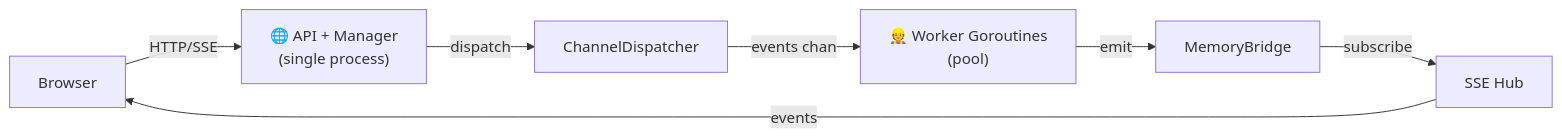
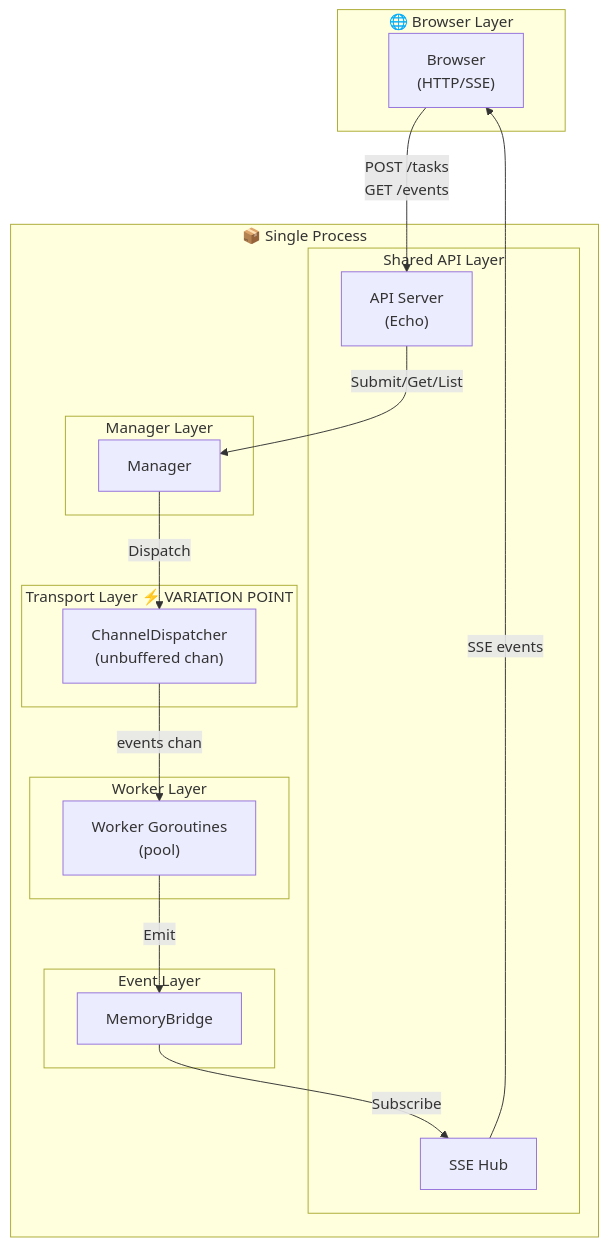
One commit to deyarchit/work-distribution-patterns changed the first of 7 diagrams in README.md. Above: the diagram before and after it, drawn with Mermaid. The commit also changed other lines of this file, not shown here.

First line of the commit message:
Refactor diagrams with layered architecture

````diff
--- a/README.md
+++ b/README.md
@@ -30,9 +30,37 @@
 ```mermaid
-graph LR
-    Browser -->|HTTP/SSE| API["🌐 API + Manager<br/>(single process)"]
-    API -->|dispatch| CD["ChannelDispatcher"]
-    CD -->|events chan| Worker["👷 Worker Goroutines<br/>(pool)"]
-    Worker -->|emit| Bridge["MemoryBridge"]
-    Bridge -->|subscribe| Hub["SSE Hub"]
-    Hub -->|events| Browser
+graph TB
+    subgraph L1["🌐 Browser Layer"]
+        Browser["Browser<br/>(HTTP/SSE)"]
+    end
+
+    subgraph L2["📦 Single Process"]
+        subgraph L2a["Shared API Layer"]
+            API["API Server<br/>(Echo)"]
+            Hub["SSE Hub"]
+        end
+
+        subgraph L2b["Manager Layer"]
+            Manager["Manager"]
+        end
+
+        subgraph L2c["Transport Layer ⚡ VARIATION POINT"]
+            CD["ChannelDispatcher<br/>(unbuffered chan)"]
+        end
+
+        subgraph L2d["Worker Layer"]
+            Workers["Worker Goroutines<br/>(pool)"]
+        end
+
+        subgraph L2e["Event Layer"]
+            Bridge["MemoryBridge"]
+        end
+    end
+
+    Browser -->|POST /tasks<br/>GET /events| API
+    API -->|Submit/Get/List| Manager
+    Manager -->|Dispatch| CD
+    CD -->|events chan| Workers
+    Workers -->|Emit| Bridge
+    Bridge -->|Subscribe| Hub
+    Hub -->|SSE events| Browser
 ```
````
